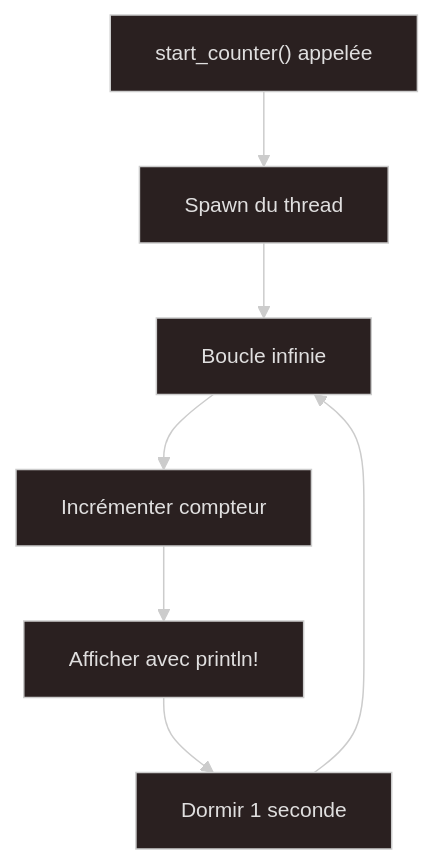
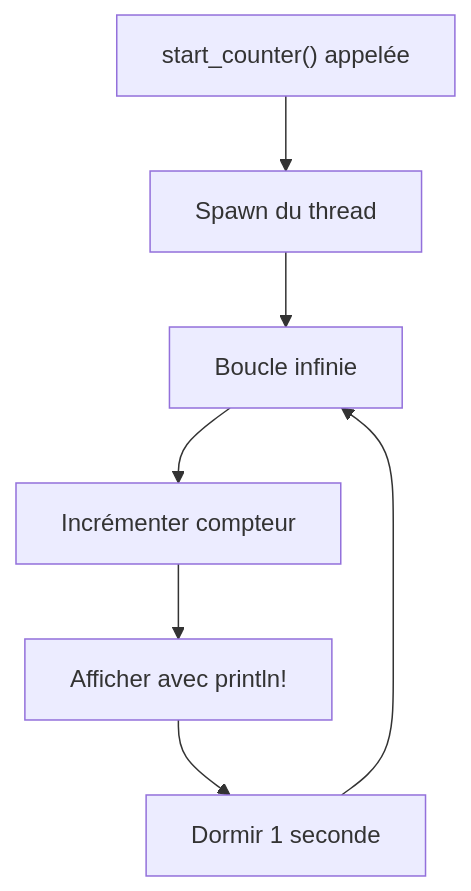
The first of 6 diagrams in src/content/docs/developpement/capture.mdx (Sonar-team/doc), drawn with Mermaid before and after one commit. The commit also changed other lines of this file, not shown here.

````diff
--- a/src/content/docs/developpement/capture.mdx
+++ b/src/content/docs/developpement/capture.mdx
@@ -39,14 +39,9 @@
 ```mermaid
----
-config:
-  theme: neo-dark
-  look: classic
----
 flowchart TD
     Start["start_counter() appelée"] --> ThreadStart["Spawn du thread"]
     ThreadStart --> Loop["Boucle infinie"]
     Loop --> Incr["Incrémenter compteur"]
     Incr --> Print["Afficher avec println!"]
     Print --> Wait["Dormir 1 seconde"]
     Wait --> Loop
 ```
````
